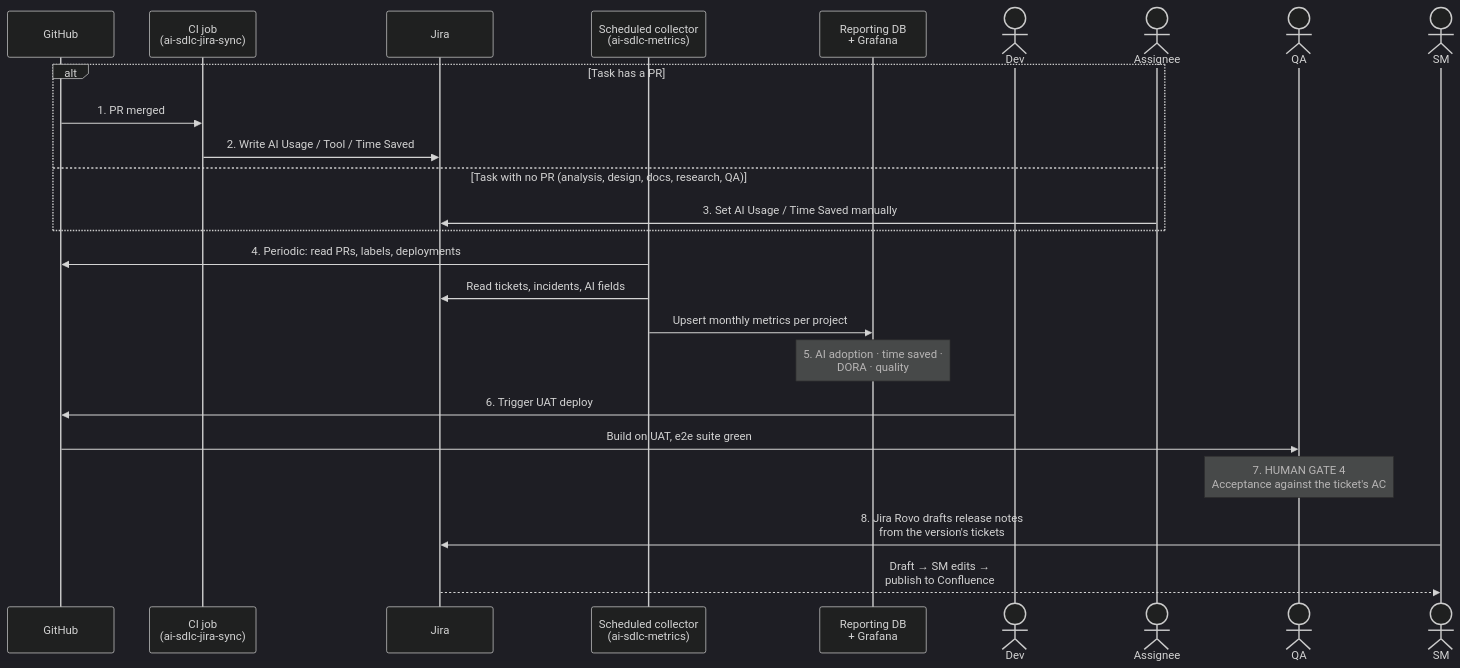
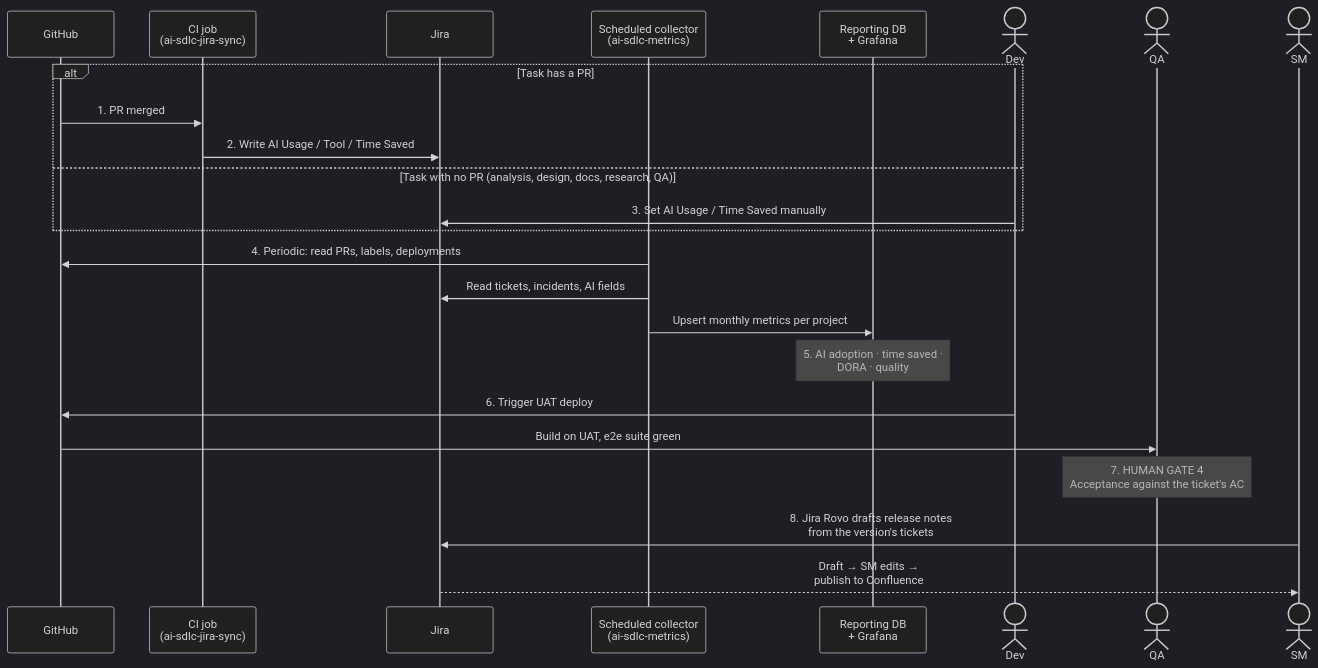
Before and after one commit to Seta-International/ai-sdlc-metrics: the sixth of 6 diagrams in docs/aidc-workflow-future.md, drawn with Mermaid (dark theme). The commit also changed other lines of this file, not shown here.

Commit message:
docs: fold assignee into Dev in Phase 5

````diff
--- a/docs/aidc-workflow-future.md
+++ b/docs/aidc-workflow-future.md
@@ -237,28 +237,27 @@
 ```mermaid
 sequenceDiagram
     participant GH as GitHub
     participant CI as CI job<br/>(ai-sdlc-jira-sync)
     participant Jira
     participant Col as Scheduled collector<br/>(ai-sdlc-metrics)
     participant Graf as Reporting DB<br/>+ Grafana
     actor Dev
-    actor Asg as Assignee
     actor QA
     actor SM
 
     alt Task has a PR
         GH->>CI: 1. PR merged
         CI->>Jira: 2. Write AI Usage / Tool / Time Saved
     else Task with no PR (analysis, design, docs, research, QA)
-        Asg->>Jira: 3. Set AI Usage / Time Saved manually
+        Dev->>Jira: 3. Set AI Usage / Time Saved manually
     end
     Col->>GH: 4. Periodic: read PRs, labels, deployments
     Col->>Jira: Read tickets, incidents, AI fields
     Col->>Graf: Upsert monthly metrics per project
     Note over Graf: 5. AI adoption · time saved ·<br/>DORA · quality
     Dev->>GH: 6. Trigger UAT deploy
     GH->>QA: Build on UAT, e2e suite green
     Note over QA: 7. HUMAN GATE 4<br/>Acceptance against the ticket's AC
     SM->>Jira: 8. Jira Rovo drafts release notes<br/>from the version's tickets
     Jira-->>SM: Draft → SM edits →<br/>publish to Confluence
 ```
````
